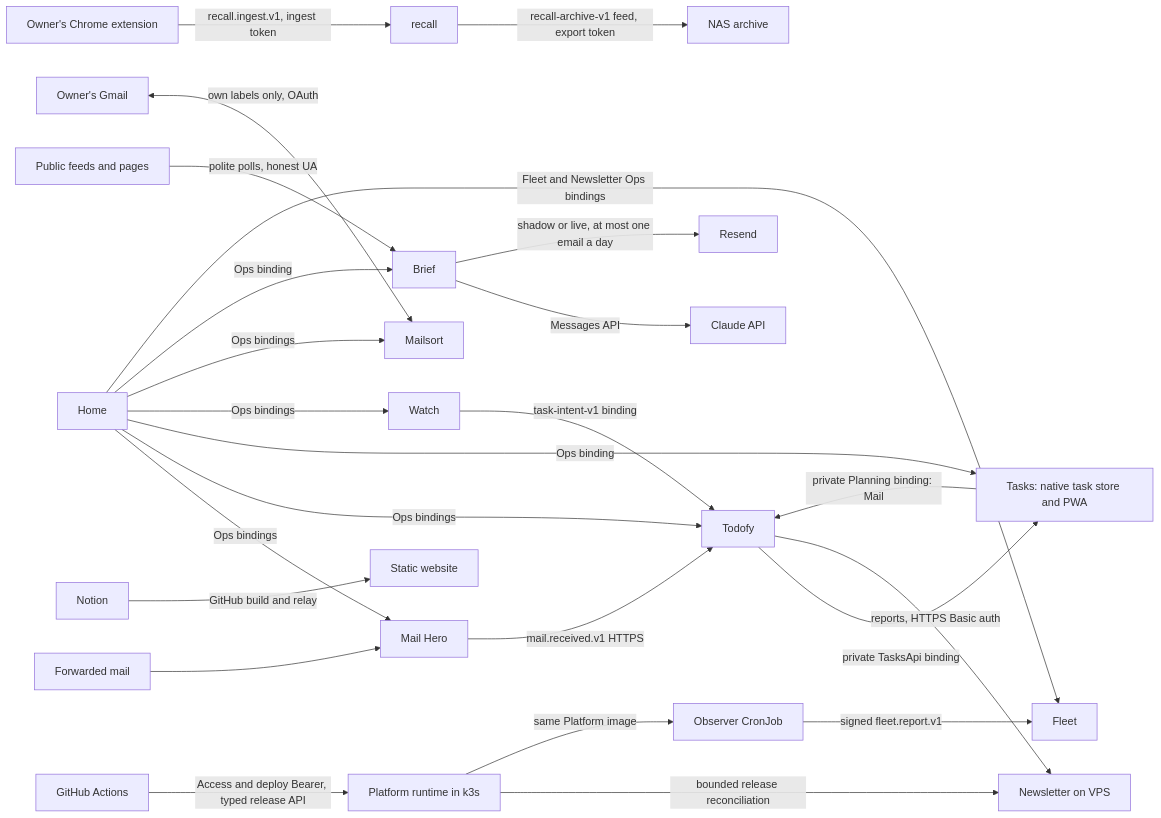
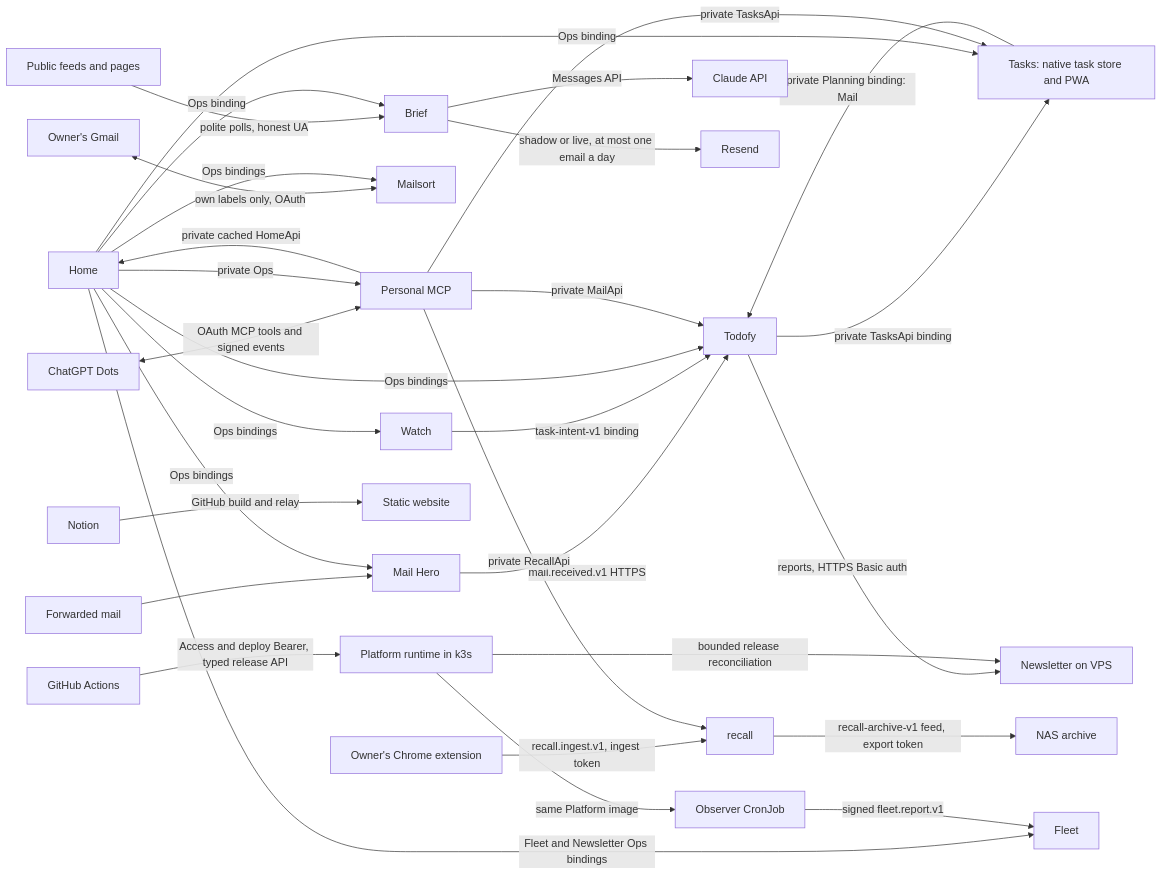
Before and after one commit to ziyixi/todofy: the diagram in docs/architecture.md, drawn with Mermaid. The commit also changed other lines of this file and 18 other files, not shown here.

Commit message:
feat(personal-mcp): connect business tools and native event subscriptions

````diff
--- a/docs/architecture.md
+++ b/docs/architecture.md
@@ -11,27 +11,33 @@
 ```mermaid
 flowchart LR
   Mail[Forwarded mail] --> MH[Mail Hero]
   MH -->|mail.received.v1 HTTPS| Todo[Todofy]
   Watch[Watch] -->|task-intent-v1 binding| Todo
   Todo -->|private TasksApi binding| Tasks[Tasks: native task store and PWA]
   Todo -->|reports, HTTPS Basic auth| News[Newsletter on VPS]
   Tasks -->|private Planning binding: Mail| Todo
   Home[Home] -->|Ops bindings| MH
   Home -->|Ops bindings| Todo
   Home -->|Ops binding| Tasks
   Home -->|Ops bindings| Watch
   Gmail[Owner's Gmail] <-->|own labels only, OAuth| Sort[Mailsort]
   Home -->|Ops bindings| Sort
   Chrome[Owner's Chrome extension] -->|recall.ingest.v1, ingest token| Recall[recall]
   Recall -->|recall-archive-v1 feed, export token| NAS[NAS archive]
   Sources[Public feeds and pages] -->|polite polls, honest UA| Brief[Brief]
   Brief -->|Messages API| Claude[Claude API]
   Brief -->|shadow or live, at most one email a day| Resend[Resend]
   Home -->|Ops binding| Brief
   Home -->|Fleet and Newsletter Ops bindings| Fleet[Fleet]
   Observer[Observer CronJob] -->|signed fleet.report.v1| Fleet
   Actions[GitHub Actions] -->|Access and deploy Bearer, typed release API| Runtime[Platform runtime in k3s]
   Runtime -->|bounded release reconciliation| News
   Runtime -->|same Platform image| Observer
   Notion[Notion] -->|GitHub build and relay| Site[Static website]
+  Dots[ChatGPT Dots] <-->|OAuth MCP tools and signed events| MCP[Personal MCP]
+  MCP -->|private TasksApi| Tasks
+  MCP -->|private MailApi| Todo
+  MCP -->|private RecallApi| Recall
+  MCP -->|private cached HomeApi| Home
+  Home -->|private Ops| MCP
 ```
````
